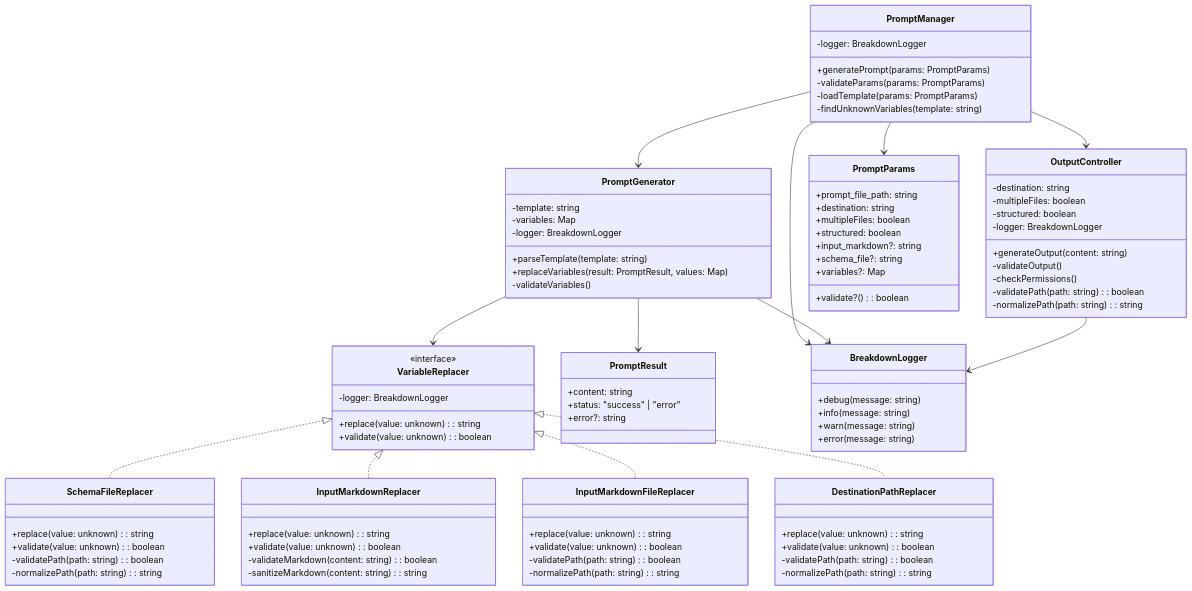
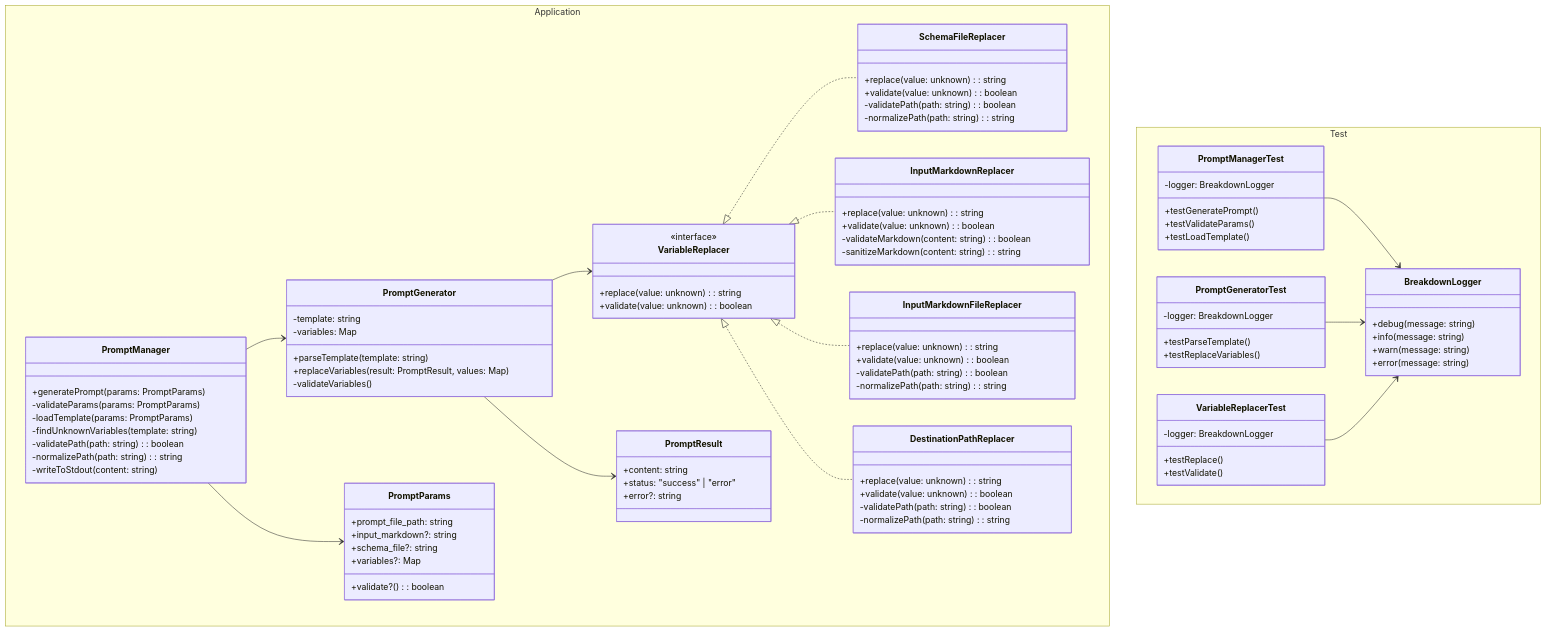
Before and after one commit to tettuan/breakdownprompt: the diagram in docs/uml/class.md, drawn with Mermaid. The commit also changed 11 other files, not shown here.

Commit message:
refactor: change output to stdout and update UML diagrams - Remove OutputController and move output responsibility to PromptManager - Update class, component, and sequence diagrams - Add writeToStdout method to PromptManager - Remove output-related parameters from PromptParams

````diff
--- a/docs/uml/class.md
+++ b/docs/uml/class.md
@@ -1,103 +1,111 @@
 ```mermaid
 classDiagram
-    class PromptManager {
-        +generatePrompt(params: PromptParams)
-        -validateParams(params: PromptParams)
-        -loadTemplate(params: PromptParams)
-        -findUnknownVariables(template: string)
-        -logger: BreakdownLogger
+    namespace Application {
+        class PromptManager {
+            +generatePrompt(params: PromptParams)
+            -validateParams(params: PromptParams)
+            -loadTemplate(params: PromptParams)
+            -findUnknownVariables(template: string)
+            -validatePath(path: string): boolean
+            -normalizePath(path: string): string
+            -writeToStdout(content: string)
+        }
+
+        class PromptGenerator {
+            -template: string
+            -variables: Map<string, VariableReplacer>
+            +parseTemplate(template: string)
+            +replaceVariables(result: PromptResult, values: Map)
+            -validateVariables()
+        }
+
+        class VariableReplacer {
+            <<interface>>
+            +replace(value: unknown): string
+            +validate(value: unknown): boolean
+        }
+
+        class SchemaFileReplacer {
+            +replace(value: unknown): string
+            +validate(value: unknown): boolean
+            -validatePath(path: string): boolean
+            -normalizePath(path: string): string
+        }
+
+        class InputMarkdownReplacer {
+            +replace(value: unknown): string
+            +validate(value: unknown): boolean
+            -validateMarkdown(content: string): boolean
+            -sanitizeMarkdown(content: string): string
+        }
+
+        class InputMarkdownFileReplacer {
+            +replace(value: unknown): string
+            +validate(value: unknown): boolean
+            -validatePath(path: string): boolean
+            -normalizePath(path: string): string
+        }
+
+        class DestinationPathReplacer {
+            +replace(value: unknown): string
+            +validate(value: unknown): boolean
+            -validatePath(path: string): boolean
+            -normalizePath(path: string): string
+        }
+
+        class PromptParams {
+            +prompt_file_path: string
+            +input_markdown?: string
+            +schema_file?: string
+            +validate?(): boolean
+            +variables?: Map<string, unknown>
+        }
+
+        class PromptResult {
+            +content: string
+            +status: "success" | "error"
+            +error?: string
+        }
     }
 
-    class PromptGenerator {
-        -template: string
-        -variables: Map<string, VariableReplacer>
-        +parseTemplate(template: string)
-        +replaceVariables(result: PromptResult, values: Map)
-        -validateVariables()
-        -logger: BreakdownLogger
-    }
+    namespace Test {
+        class BreakdownLogger {
+            +debug(message: string)
+            +info(message: string)
+            +warn(message: string)
+            +error(message: string)
+        }
 
-    class VariableReplacer {
-        <<interface>>
-        +replace(value: unknown): string
-        +validate(value: unknown): boolean
-        -logger: BreakdownLogger
-    }
+        class PromptManagerTest {
+            -logger: BreakdownLogger
+            +testGeneratePrompt()
+            +testValidateParams()
+            +testLoadTemplate()
+        }
 
-    class SchemaFileReplacer {
-        +replace(value: unknown): string
-        +validate(value: unknown): boolean
-        -validatePath(path: string): boolean
-        -normalizePath(path: string): string
-    }
+        class PromptGeneratorTest {
+            -logger: BreakdownLogger
+            +testParseTemplate()
+            +testReplaceVariables()
+        }
 
-    class InputMarkdownReplacer {
-        +replace(value: unknown): string
-        +validate(value: unknown): boolean
-        -validateMarkdown(content: string): boolean
-        -sanitizeMarkdown(content: string): string
-    }
-
-    class InputMarkdownFileReplacer {
-        +replace(value: unknown): string
-        +validate(value: unknown): boolean
-        -validatePath(path: string): boolean
-        -normalizePath(path: string): string
-    }
-
-    class DestinationPathReplacer {
-        +replace(value: unknown): string
-        +validate(value: unknown): boolean
-        -validatePath(path: string): boolean
-        -normalizePath(path: string): string
-    }
-
-    class OutputController {
-        -destination: string
-        -multipleFiles: boolean
-        -structured: boolean
-        +generateOutput(content: string)
-        -validateOutput()
-        -checkPermissions()
-        -logger: BreakdownLogger
-        -validatePath(path: string): boolean
-        -normalizePath(path: string): string
-    }
-
-    class PromptParams {
-        +prompt_file_path: string
-        +destination: string
-        +multipleFiles: boolean
-        +structured: boolean
-        +input_markdown?: string
-        +schema_file?: string
-        +validate?(): boolean
-        +variables?: Map<string, unknown>
-    }
-
-    class PromptResult {
-        +content: string
-        +status: "success" | "error"
-        +error?: string
-    }
-
-    class BreakdownLogger {
-        +debug(message: string)
-        +info(message: string)
-        +warn(message: string)
-        +error(message: string)
+        class VariableReplacerTest {
+            -logger: BreakdownLogger
+            +testReplace()
+            +testValidate()
+        }
     }
 
     PromptManager --> PromptGenerator
-    PromptManager --> OutputController
-    PromptManager --> BreakdownLogger
     PromptGenerator --> VariableReplacer
-    PromptGenerator --> BreakdownLogger
     VariableReplacer <|.. SchemaFileReplacer
     VariableReplacer <|.. InputMarkdownReplacer
     VariableReplacer <|.. InputMarkdownFileReplacer
     VariableReplacer <|.. DestinationPathReplacer
     PromptManager --> PromptParams
     PromptGenerator --> PromptResult
-    OutputController --> BreakdownLogger
+
+    PromptManagerTest --> BreakdownLogger
+    PromptGeneratorTest --> BreakdownLogger
+    VariableReplacerTest --> BreakdownLogger
 ```
````
